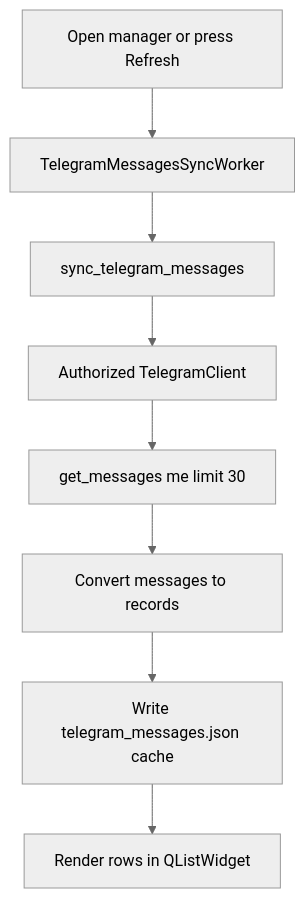
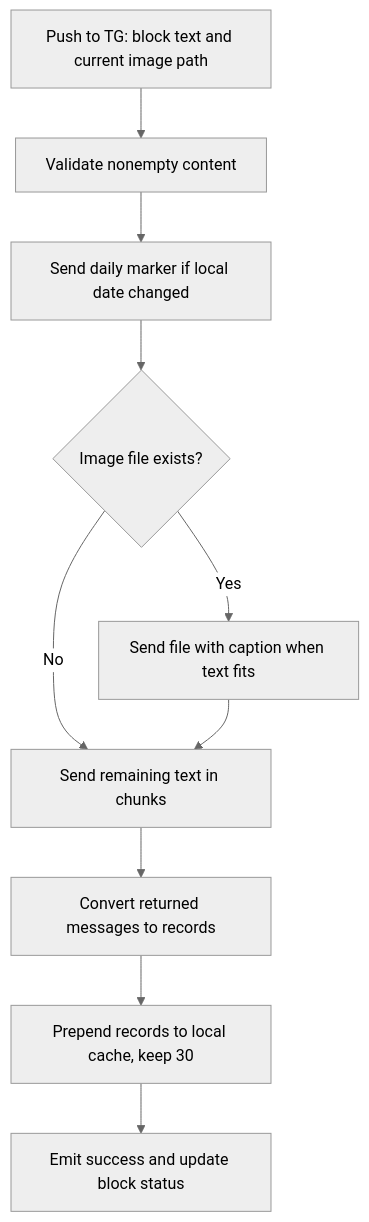
The second of 2 diagrams in docs/TELEGRAM_INTEGRATION.md (Quidden/TextEdtor), drawn with Mermaid (neutral theme) before and after one commit. The commit also changed other lines of this file and 13 other files, not shown here.

Commit message:
docs: refresh project overview and Telegram UI guides

````diff
--- a/docs/TELEGRAM_INTEGRATION.md
+++ b/docs/TELEGRAM_INTEGRATION.md
@@ -395,10 +93,12 @@
 ```mermaid
 flowchart TD
-    A[Open manager or press Refresh] --> B[TelegramMessagesSyncWorker]
-    B --> C[sync_telegram_messages]
-    C --> D[Authorized TelegramClient]
-    D --> E[get_messages me limit 30]
-    E --> F[Convert messages to records]
-    F --> G[Write telegram_messages.json cache]
-    G --> H[Render rows in QListWidget]
+    A[Push to TG: block text and current image path] --> B[Validate nonempty content]
+    B --> C[Send daily marker if local date changed]
+    C --> D{Image file exists?}
+    D -->|Yes| E[Send file with caption when text fits]
+    D -->|No| F[Send remaining text in chunks]
+    E --> F
+    F --> G[Convert returned messages to records]
+    G --> H[Prepend records to local cache, keep 30]
+    H --> I[Emit success and update block status]
 ```
````
